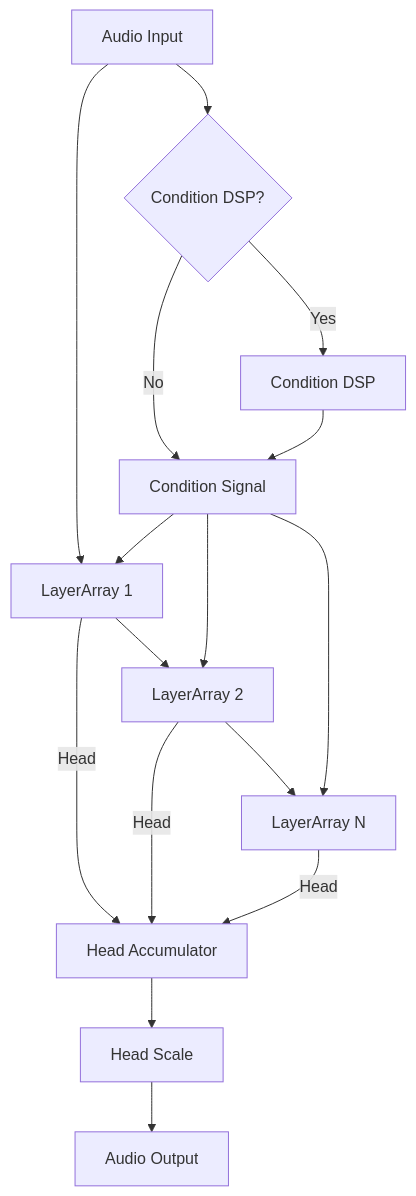
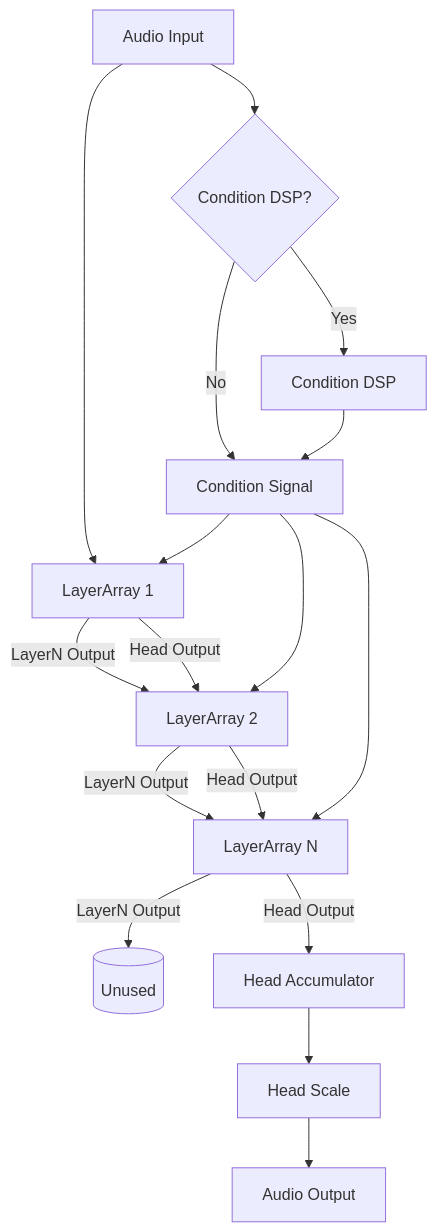
Before and after one commit to sdatkinson/NeuralAmpModelerCore: the fourth of 4 diagrams in docs/wavenet_walkthrough.rst, drawn with Mermaid. The commit also changed other lines of this file, not shown here.

```diff
--- a/docs/wavenet_walkthrough.rst
+++ b/docs/wavenet_walkthrough.rst
@@ -384,19 +386,20 @@
 .. mermaid::
    :caption: Complete WaveNet Processing Flow
 
    graph TD
        AudioIn[Audio Input] --> ConditionProc{Condition DSP?}
        ConditionProc -->|Yes| CondDSP[Condition DSP]
        ConditionProc -->|No| Condition[Condition Signal]
        CondDSP --> Condition
        AudioIn --> LayerArray1[LayerArray 1]
        Condition --> LayerArray1
-       LayerArray1 --> LayerArray2[LayerArray 2]
+       LayerArray1 -->|LayerN Output| LayerArray2[LayerArray 2]
+       LayerArray1 -->|Head Output| LayerArray2
        Condition --> LayerArray2
-       LayerArray2 --> LayerArrayN[LayerArray N]
+       LayerArray2 -->|LayerN Output| LayerArrayN[LayerArray N]
+       LayerArray2 -->|Head Output| LayerArrayN
        Condition --> LayerArrayN
-       LayerArray1 -->|Head| HeadAccum[Head Accumulator]
-       LayerArray2 -->|Head| HeadAccum
-       LayerArrayN -->|Head| HeadAccum
+       LayerArrayN -->|LayerN Output| Unused[(Unused)]
+       LayerArrayN -->|Head Output| HeadAccum[Head Accumulator]
        HeadAccum --> HeadScale[Head Scale]
        HeadScale --> AudioOut[Audio Output]
```
